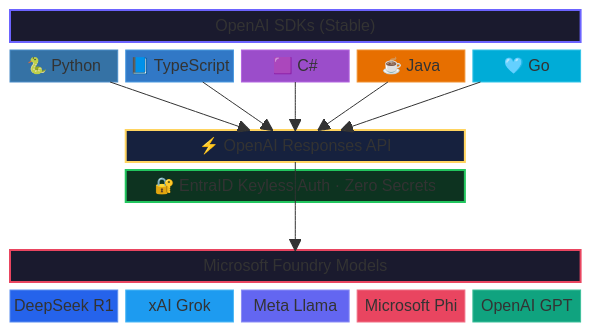
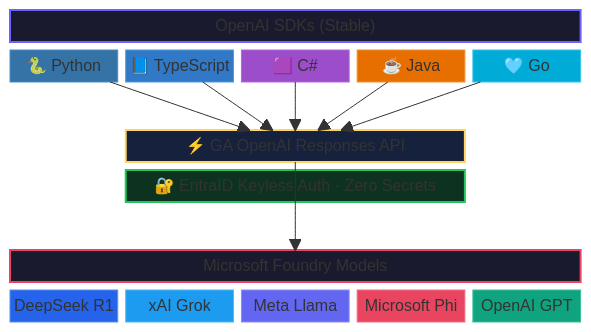
One commit to Azure-Samples/ai-model-start changed the diagram in README.md. Above: the diagram before and after it, drawn with Mermaid. The commit also changed other lines of this file, not shown here.

Commit message:
docs: update README for GA Responses API, resolve known issues #2 and #3

````diff
--- a/README.md
+++ b/README.md
@@ -9,34 +9,34 @@
 ```mermaid
 block-beta
     columns 5
     sdkTitle["OpenAI SDKs (Stable)"]:5
     py["🐍 Python"] ts["📘 TypeScript"] cs["🟪 C#"] java["☕ Java"] go["🩵 Go"]
     space:5
-    space:1 arrow["⚡ OpenAI Responses API"]:3 space:1
+    space:1 arrow["⚡ GA OpenAI Responses API"]:3 space:1
     space:1 auth["🔐 EntraID Keyless Auth · Zero Secrets"]:3 space:1
     space:5
     foundryTitle["Microsoft Foundry Models"]:5
     deepseek["DeepSeek R1"] grok["xAI Grok"] llama["Meta Llama"] msft["Microsoft Phi"] oai["OpenAI GPT"]
 
     py --> arrow
     ts --> arrow
     cs --> arrow
     java --> arrow
     go --> arrow
     arrow --> foundryTitle
 
     style sdkTitle fill:#1a1a2e,color:#e0e0ff,font-weight:bold,stroke:#6c63ff,stroke-width:2px
     style foundryTitle fill:#1a1a2e,color:#e0e0ff,font-weight:bold,stroke:#e94560,stroke-width:2px
     style arrow fill:#16213e,color:#ffd460,font-weight:bold,stroke:#ffd460,stroke-width:2px
     style auth fill:#0d3320,color:#4ade80,font-weight:bold,stroke:#22c55e,stroke-width:2px
     style py fill:#3572A5,color:#fff,stroke:#4a8cc7,stroke-width:1px
     style ts fill:#3178c6,color:#fff,stroke:#4a9ae0,stroke-width:1px
     style cs fill:#9b4dca,color:#fff,stroke:#b366e0,stroke-width:1px
     style java fill:#e76f00,color:#fff,stroke:#f09030,stroke-width:1px
     style go fill:#00acd7,color:#fff,stroke:#33c4e8,stroke-width:1px
     style deepseek fill:#2563eb,color:#fff,stroke:#5b8def,stroke-width:1px
     style grok fill:#1d9bf0,color:#fff,stroke:#4db8f5,stroke-width:1px
     style llama fill:#6366f1,color:#fff,stroke:#8b8df5,stroke-width:1px
     style msft fill:#e94560,color:#fff,stroke:#f06e84,stroke-width:1px
     style oai fill:#10a37f,color:#fff,stroke:#3dbf9a,stroke-width:1px
 ```
````
